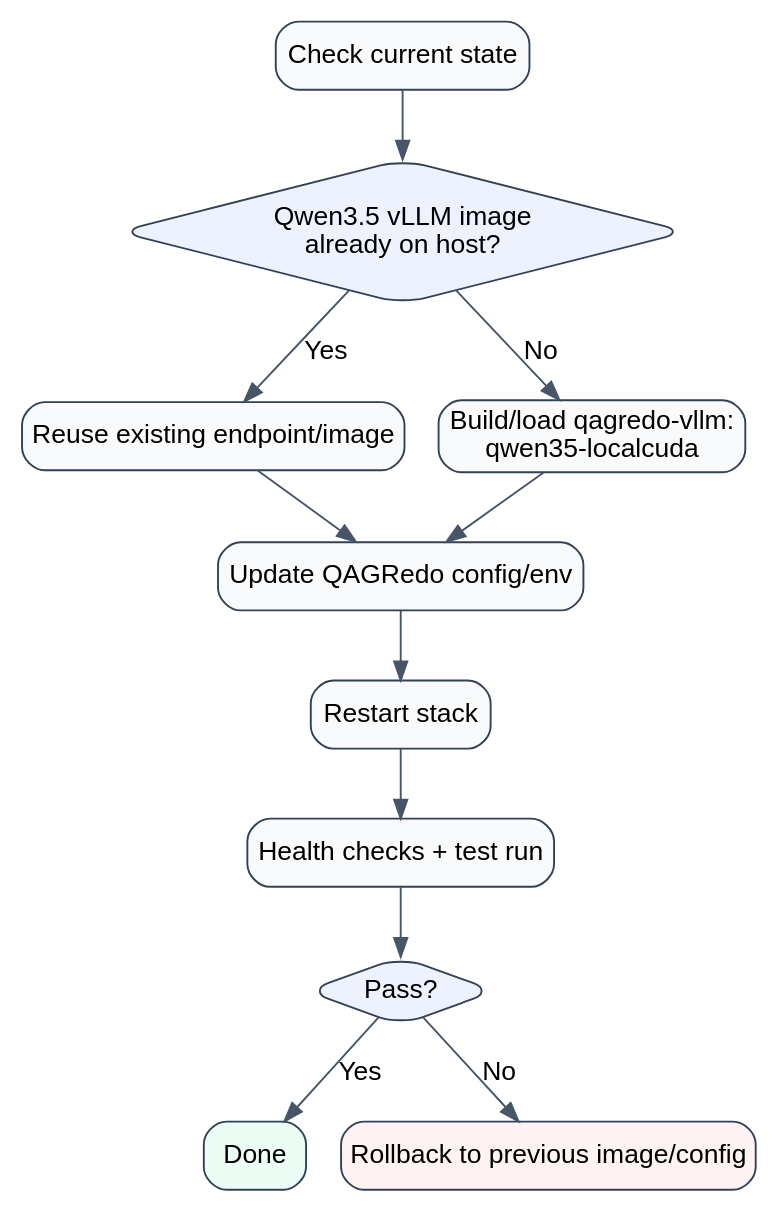
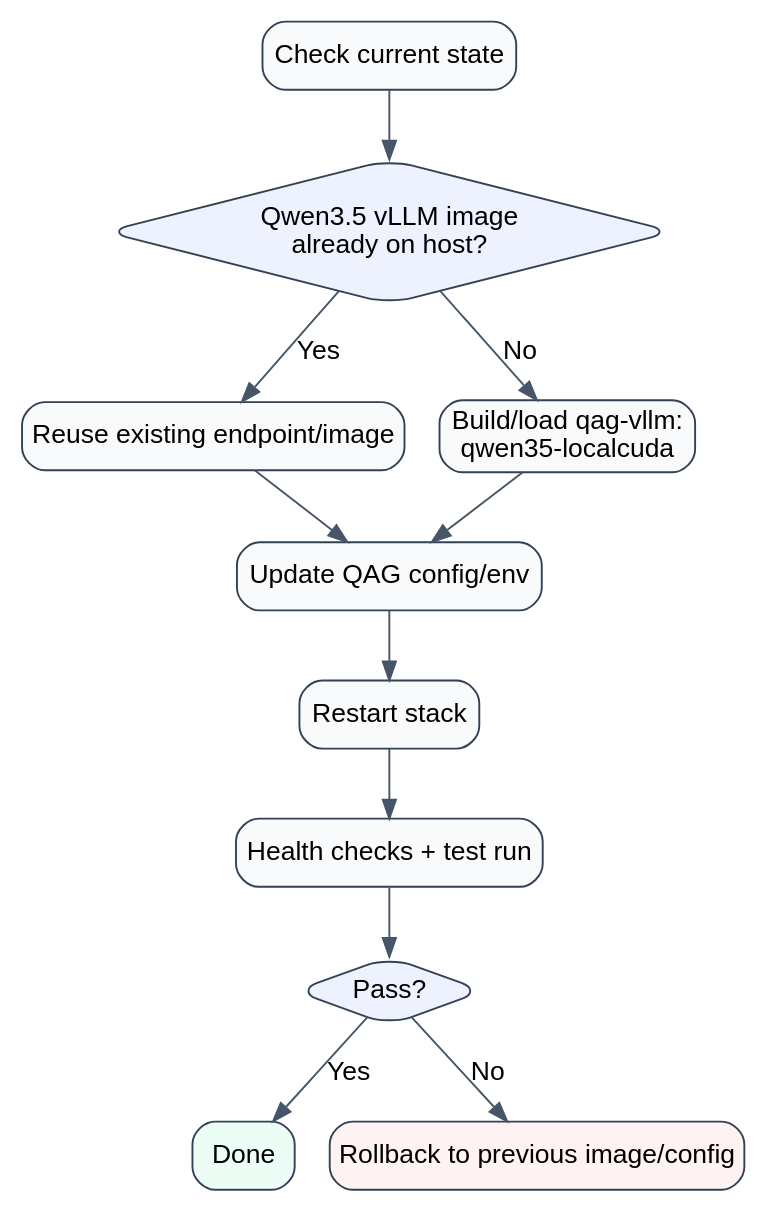
The diagram in docs/siteserver_vllm_change_flow.dot (tohyewhong/qagredo-local), drawn with Graphviz before and after one commit. The commit also changed 273 other files, not shown here.

First line of the commit message:
Add algorithm baseline v3, architecture docs, and LoRA finetune stack.

```diff
--- a/docs/siteserver_vllm_change_flow.dot
+++ b/docs/siteserver_vllm_change_flow.dot
@@ -1,28 +1,28 @@
 digraph SiteserverVllmChange {
   rankdir=TB;
   bgcolor="white";
   node [shape=box, style="rounded,filled", fillcolor="#f8fafc", color="#334155", fontname="Arial"];
   edge [color="#475569", fontname="Arial"];
 
   A [label="Check current state"];
   B [label="Qwen3.5 vLLM image\nalready on host?", shape=diamond, fillcolor="#eef2ff"];
   C [label="Reuse existing endpoint/image"];
-  D [label="Build/load qagredo-vllm:\nqwen35-localcuda"];
-  E [label="Update QAGRedo config/env"];
+  D [label="Build/load qag-vllm:\nqwen35-localcuda"];
+  E [label="Update QAG config/env"];
   F [label="Restart stack"];
   G [label="Health checks + test run"];
   H [label="Pass?", shape=diamond, fillcolor="#eef2ff"];
   I [label="Done", fillcolor="#ecfdf5"];
   J [label="Rollback to previous image/config", fillcolor="#fef2f2"];
 
   A -> B;
   B -> C [label="Yes"];
   B -> D [label="No"];
   C -> E;
   D -> E;
   E -> F;
   F -> G;
   G -> H;
   H -> I [label="Yes"];
   H -> J [label="No"];
 }
```
